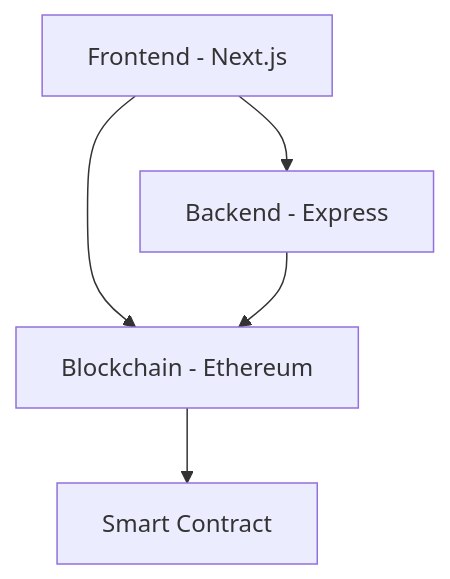
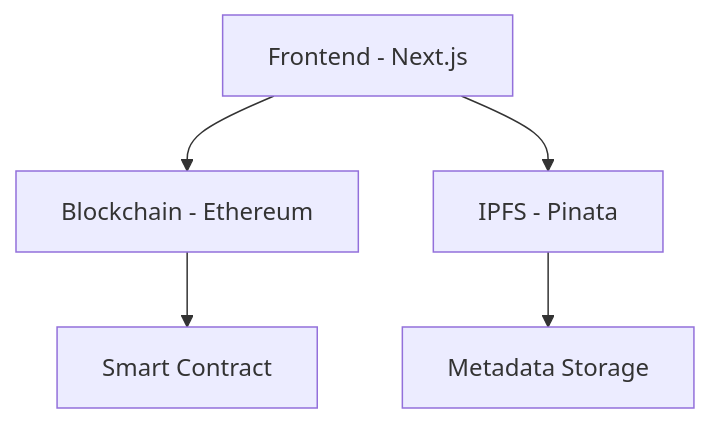
Before and after one commit to kmsk99/ilovecert: the first of 3 diagrams in ARCHITECTURE.md, drawn with Mermaid. The commit also changed other lines of this file and 1 other file, not shown here.

First line of the commit message:
docs(architecture): 아키텍처 문서 개선 및 README 상세화

````diff
--- a/ARCHITECTURE.md
+++ b/ARCHITECTURE.md
@@ -5,7 +5,7 @@
 ```mermaid
 graph TB
-    FE[Frontend - Next.js] --> BE[Backend - Express]
-    FE --> BC[Blockchain - Ethereum]
-    BE --> BC
+    FE[Frontend - Next.js] --> BC[Blockchain - Ethereum]
+    FE --> IPFS[IPFS - Pinata]
     BC --> SC[Smart Contract]
+    IPFS --> Meta[Metadata Storage]
 ```
````
